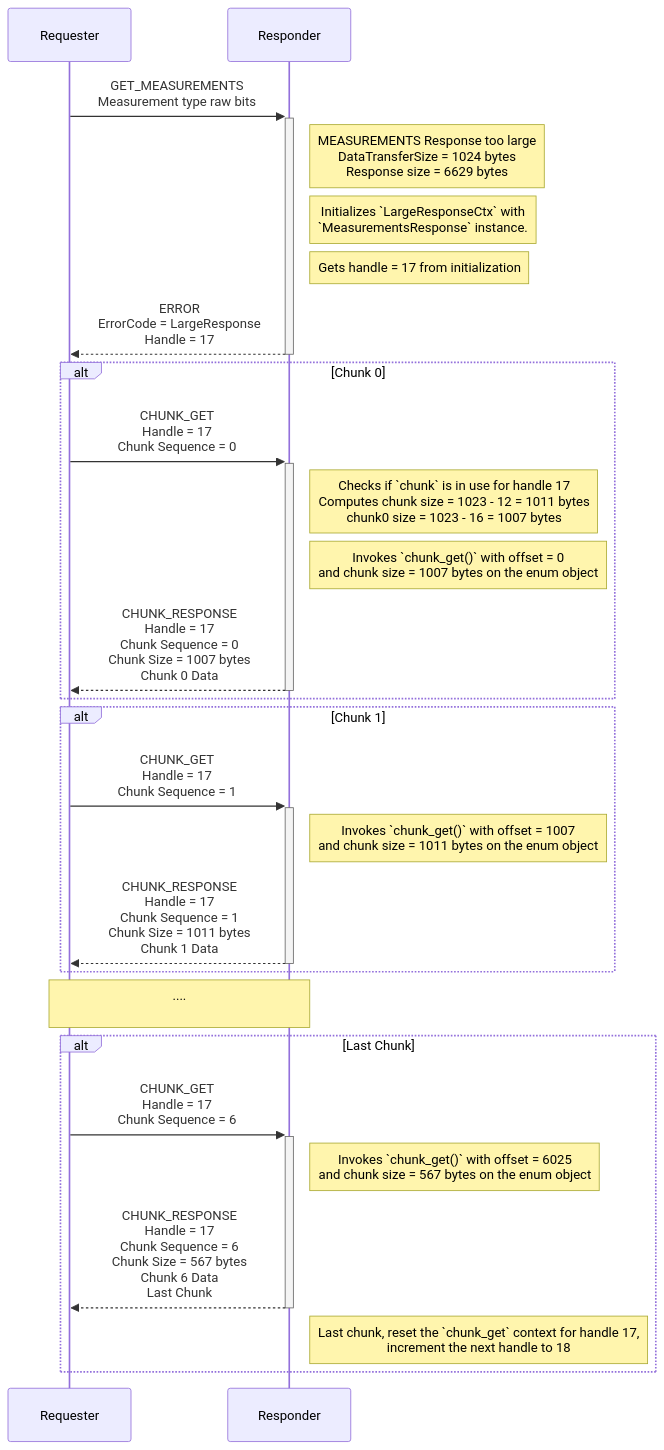
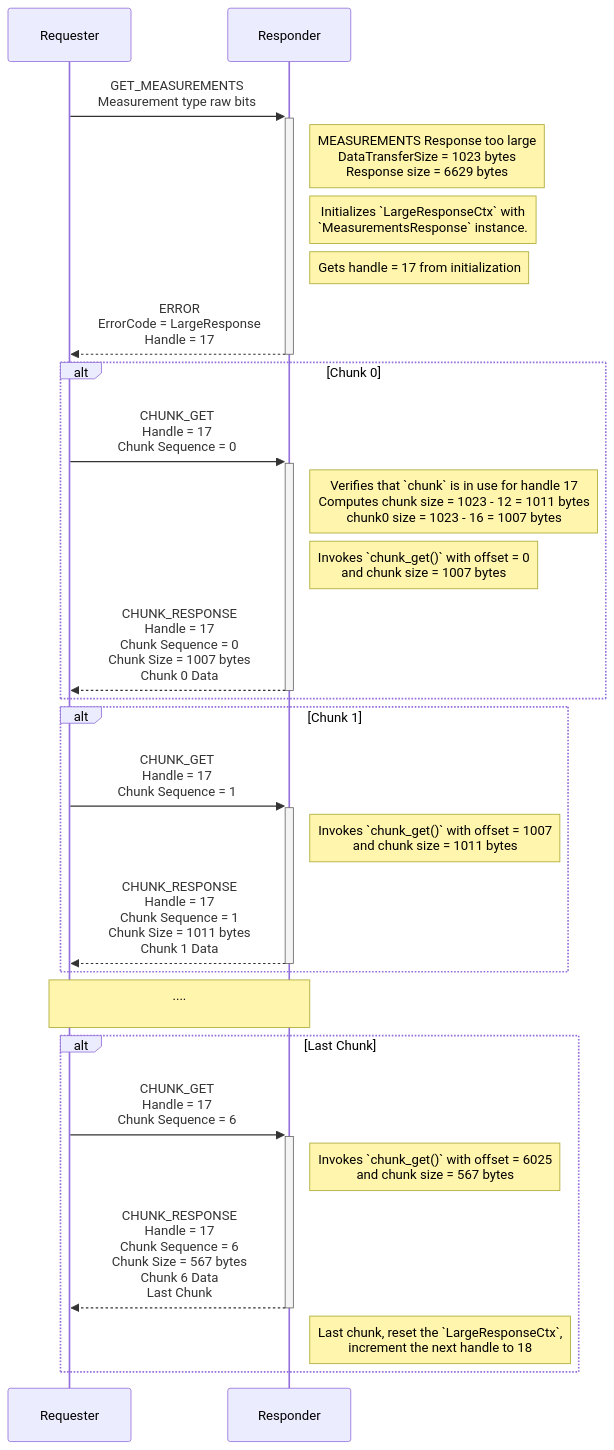
One commit to clundin25/caliptra-mcu-sw changed the third of 3 diagrams in docs/src/spdm.md. Above: the diagram before and after it, drawn with Mermaid. The commit also changed other lines of this file, not shown here.

````diff
--- a/docs/src/spdm.md
+++ b/docs/src/spdm.md
@@ -544,31 +548,31 @@
 ```mermaid
 sequenceDiagram
     participant Requester
     participant Responder
     Requester->>+Responder: GET_MEASUREMENTS <br/>Measurement type raw bits
-    Note right of Responder: MEASUREMENTS Response too large <br/> DataTransferSize = 1024 bytes<br/> Response size = 6629 bytes
+    Note right of Responder: MEASUREMENTS Response too large <br/> DataTransferSize = 1023 bytes<br/> Response size = 6629 bytes
     Note right of Responder: Initializes `LargeResponseCtx` with <br/> `MeasurementsResponse` instance.
     Note right of Responder: Gets handle = 17 from initialization 
     Responder-->>-Requester: ERROR<br/> ErrorCode = LargeResponse<br/> Handle = 17
 
     alt Chunk 0
         Requester->>+Responder: CHUNK_GET<br/> Handle = 17<br/> Chunk Sequence = 0
-        Note right of Responder: Checks if `chunk` is in use for handle 17 <br/> Computes chunk size = 1023 - 12 = 1011 bytes <br/> chunk0 size = 1023 - 16 = 1007 bytes
-        Note right of Responder: Invokes `chunk_get()` with offset = 0 <br/> and chunk size = 1007 bytes on the enum object
+        Note right of Responder: Verifies that `chunk` is in use for handle 17 <br/> Computes chunk size = 1023 - 12 = 1011 bytes <br/> chunk0 size = 1023 - 16 = 1007 bytes
+        Note right of Responder: Invokes `chunk_get()` with offset = 0 <br/> and chunk size = 1007 bytes
         Responder-->>-Requester: CHUNK_RESPONSE<br/> Handle = 17 <br/>Chunk Sequence = 0<br/>Chunk Size = 1007 bytes<br/> Chunk 0 Data
     end
 
     alt Chunk 1
         Requester->>+Responder: CHUNK_GET<br/> Handle = 17<br/> Chunk Sequence = 1
-        Note right of Responder: Invokes `chunk_get()` with offset = 1007 <br/> and chunk size = 1011 bytes on the enum object
+        Note right of Responder: Invokes `chunk_get()` with offset = 1007 <br/> and chunk size = 1011 bytes
         Responder-->>-Requester: CHUNK_RESPONSE<br/> Handle = 17 <br/>Chunk Sequence = 1<br/>Chunk Size = 1011 bytes<br/> Chunk 1 Data
     end
 
     Note over Requester,Responder: .... <br/> 
     alt Last Chunk
         Requester->>+Responder: CHUNK_GET<br/> Handle = 17<br/> Chunk Sequence = 6
-        Note right of Responder: Invokes `chunk_get()` with offset = 6025 <br/> and chunk size = 567 bytes on the enum object
+        Note right of Responder: Invokes `chunk_get()` with offset = 6025 <br/> and chunk size = 567 bytes
         Responder-->>-Requester: CHUNK_RESPONSE<br/> Handle = 17 <br/>Chunk Sequence = 6<br/>Chunk Size = 567 bytes<br/> Chunk 6 Data<br/> Last Chunk
-        Note right of Responder: Last chunk, reset the `chunk_get` context for handle 17,<br/> increment the next handle to 18
+        Note right of Responder: Last chunk, reset the `LargeResponseCtx`,<br/> increment the next handle to 18
     end
 ```
````
